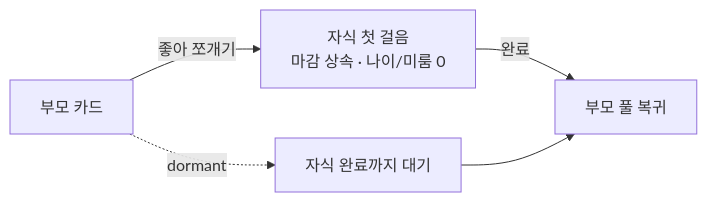
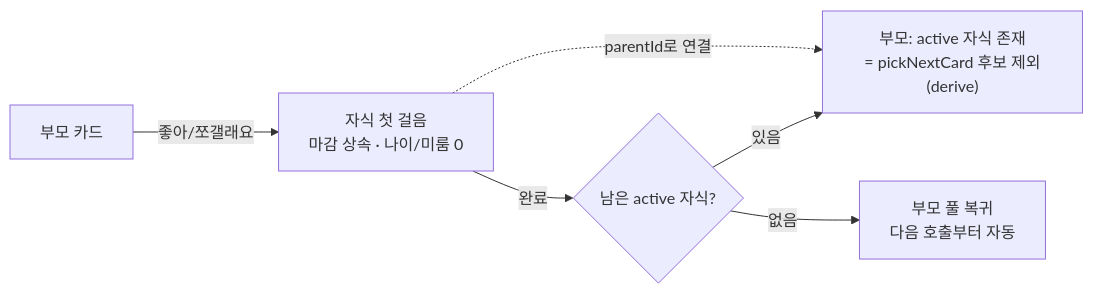
The third of 3 diagrams in docs/diagrams/engine-flow.md (Sparrowlim/flowmind), drawn with Mermaid before and after one commit. The commit also changed other lines of this file and 19 other files, not shown here.

````diff
--- a/docs/diagrams/engine-flow.md
+++ b/docs/diagrams/engine-flow.md
@@ -72,7 +81,8 @@
 ```mermaid
 flowchart LR
-    P[부모 카드] -- 좋아 쪼개기 --> C["자식 첫 걸음<br/>마감 상속 · 나이/미룸 0"]
-    P -. dormant .-> P2[자식 완료까지 대기]
-    C -- 완료 --> P3[부모 풀 복귀]
-    P2 --> P3
+    P[부모 카드] -- 좋아/쪼갤래요 --> C["자식 첫 걸음<br/>마감 상속 · 나이/미룸 0"]
+    C -. parentId로 연결 .-> P2["부모: active 자식 존재<br/>= pickNextCard 후보 제외(derive)"]
+    C -- 완료 --> P3{남은 active 자식?}
+    P3 -- 있음 --> P2
+    P3 -- 없음 --> P4[부모 풀 복귀<br/>다음 호출부터 자동]
 ```
````
